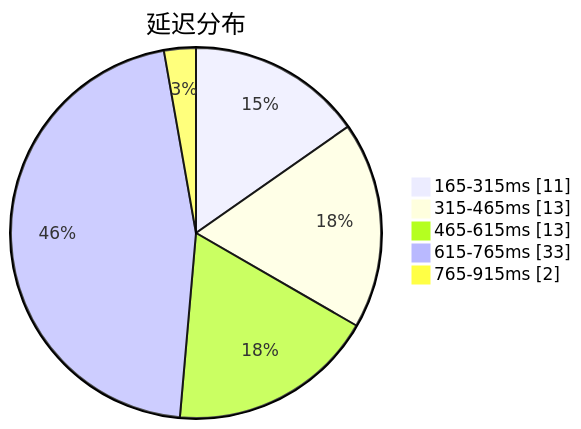
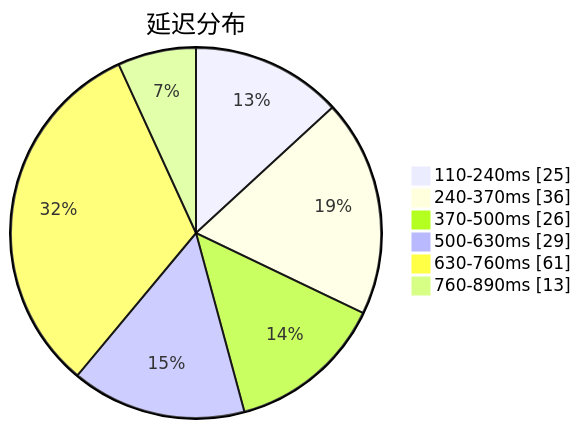
The first of 3 diagrams in subs/statistics/tested_within.md (qjlxg/airport), drawn with Mermaid before and after one commit. The commit also changed other lines of this file and 2 other files, not shown here.

````diff
--- a/subs/statistics/tested_within.md
+++ b/subs/statistics/tested_within.md
@@ -2,9 +2,10 @@
 ```mermaid
 pie showData
 title 延迟分布
-"165-315ms" : 11
-"315-465ms" : 13
-"465-615ms" : 13
-"615-765ms" : 33
-"765-915ms" : 2
+"110-240ms" : 25
+"240-370ms" : 36
+"370-500ms" : 26
+"500-630ms" : 29
+"630-760ms" : 61
+"760-890ms" : 13
 ```
````
